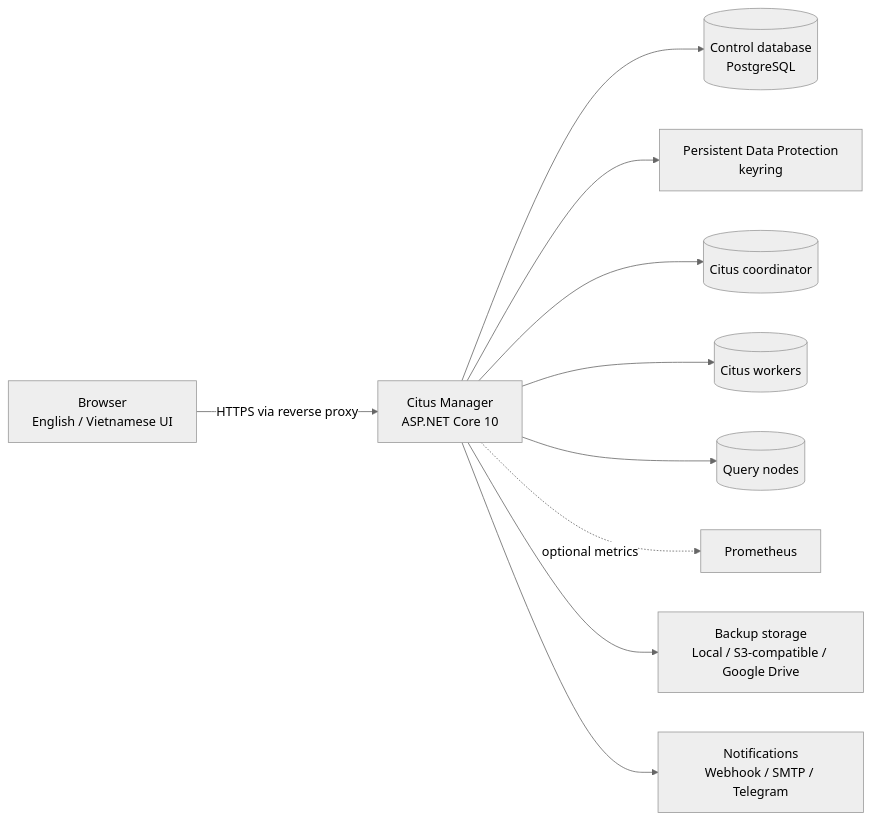
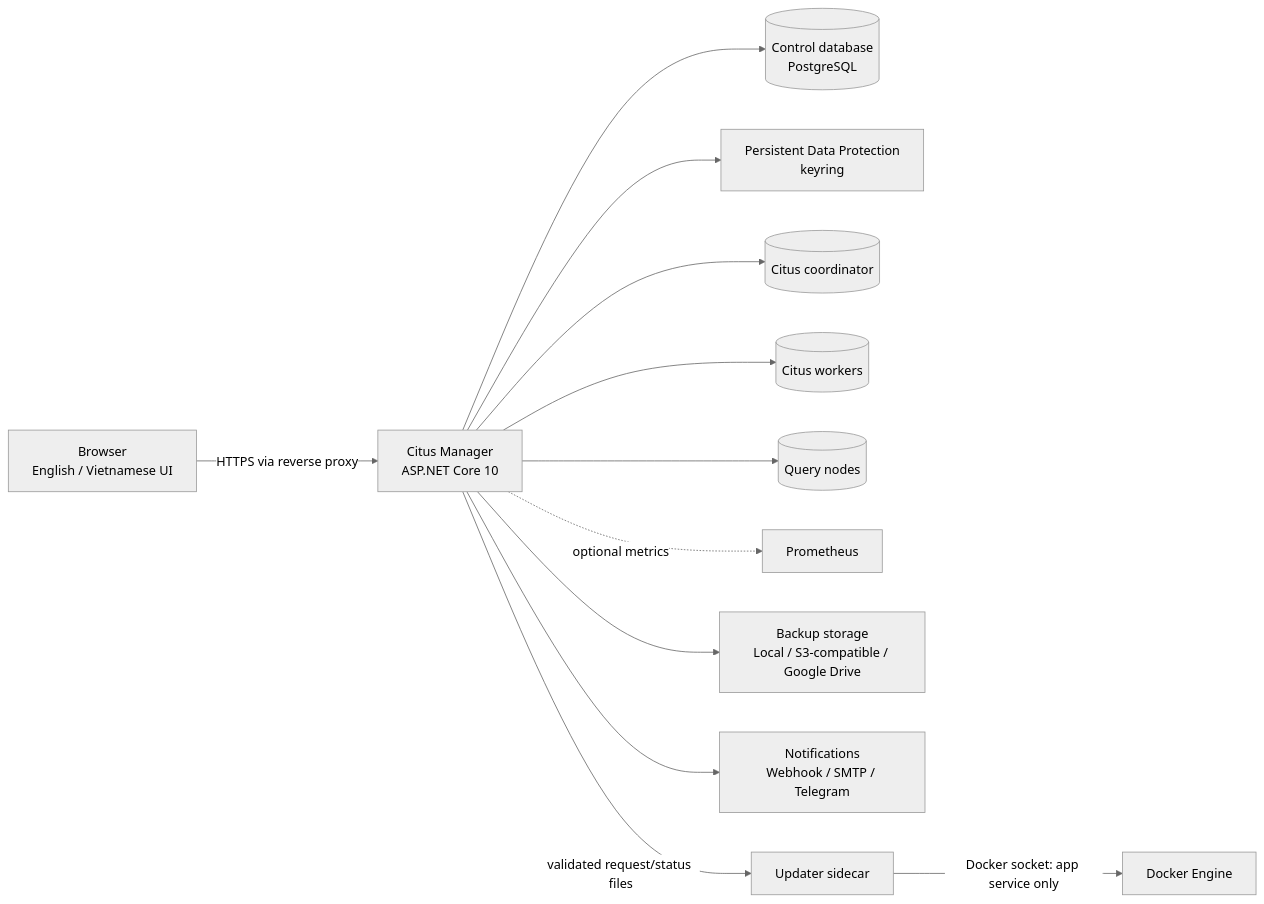
Before and after one commit to int04/citus-manager: the diagram in README.md, drawn with Mermaid (neutral theme). The commit also changed other lines of this file and 28 other files, not shown here.

````diff
--- a/README.md
+++ b/README.md
@@ -107,12 +115,14 @@
 ```mermaid
 flowchart LR
     U["Browser<br/>English / Vietnamese UI"] -->|HTTPS via reverse proxy| A["Citus Manager<br/>ASP.NET Core 10"]
     A --> C[("Control database<br/>PostgreSQL")]
     A --> K["Persistent Data Protection<br/>keyring"]
     A --> CO[("Citus coordinator")]
     A --> W[("Citus workers")]
     A --> Q[("Query nodes")]
     A -. optional metrics .-> P["Prometheus"]
     A --> B["Backup storage<br/>Local / S3-compatible / Google Drive"]
     A --> N["Notifications<br/>Webhook / SMTP / Telegram"]
+    A -->|validated request/status files| UP["Updater sidecar"]
+    UP -->|Docker socket: app service only| D["Docker Engine"]
 ```
````
